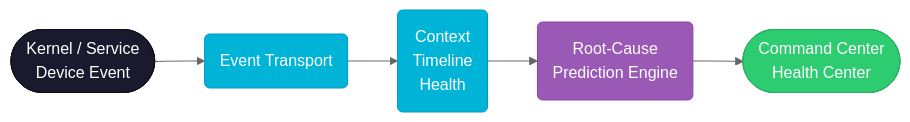
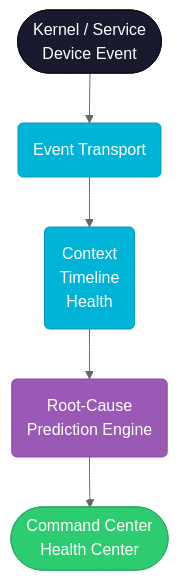
The second of 3 diagrams in AntOS-Technical-Documentation-A-Architecture.md (abalmalvez-lab/AntOS), drawn with Mermaid (neutral theme) before and after one commit. The commit also changed other lines of this file, not shown here.

Commit message:
docs: convert remaining mermaid LR diagrams to TD to prevent GitHub clipping

````diff
--- a/AntOS-Technical-Documentation-A-Architecture.md
+++ b/AntOS-Technical-Documentation-A-Architecture.md
@@ -106,17 +106,17 @@
 ```mermaid
 %%{init: {"flowchart": {"useMaxWidth": true}}}%%
-flowchart LR
+flowchart TD
     classDef terminal fill:#1a1a2e,stroke:#0f0f1e,color:#fff
     classDef process fill:#00b4d8,stroke:#0096c7,color:#fff
     classDef engine fill:#9b59b6,stroke:#8e44ad,color:#fff
     classDef ui fill:#2ecc71,stroke:#27ae60,color:#fff
 
     evt([Kernel / Service<br/>Device Event]) --> transport(Event Transport)
     transport --> ctx(Context<br/>Timeline<br/>Health)
     ctx --> rca(Root-Cause<br/>Prediction Engine)
     rca --> cc([Command Center<br/>Health Center])
     class evt terminal
     class transport,ctx process
     class rca engine
     class cc ui
 ```
````
